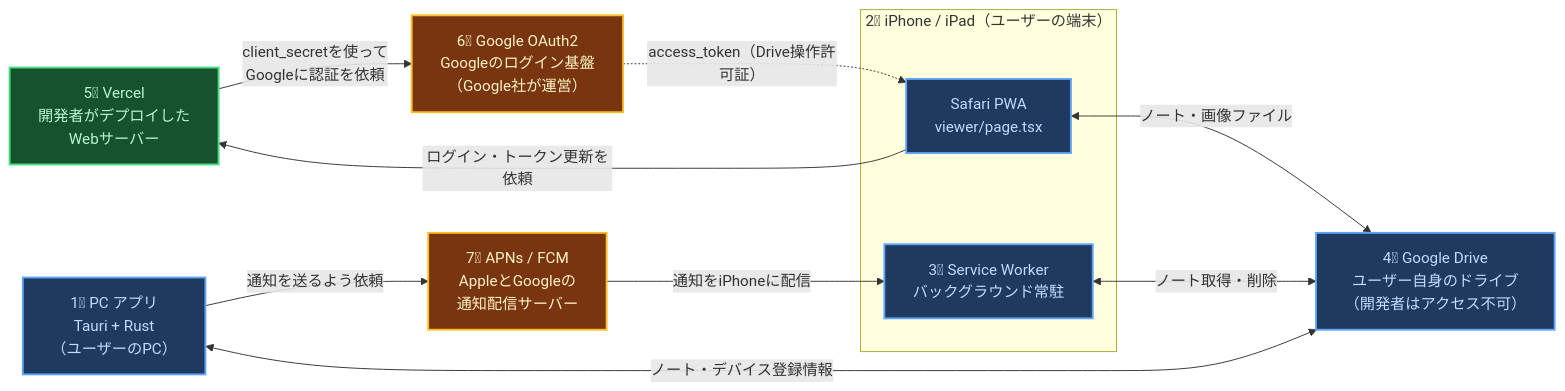
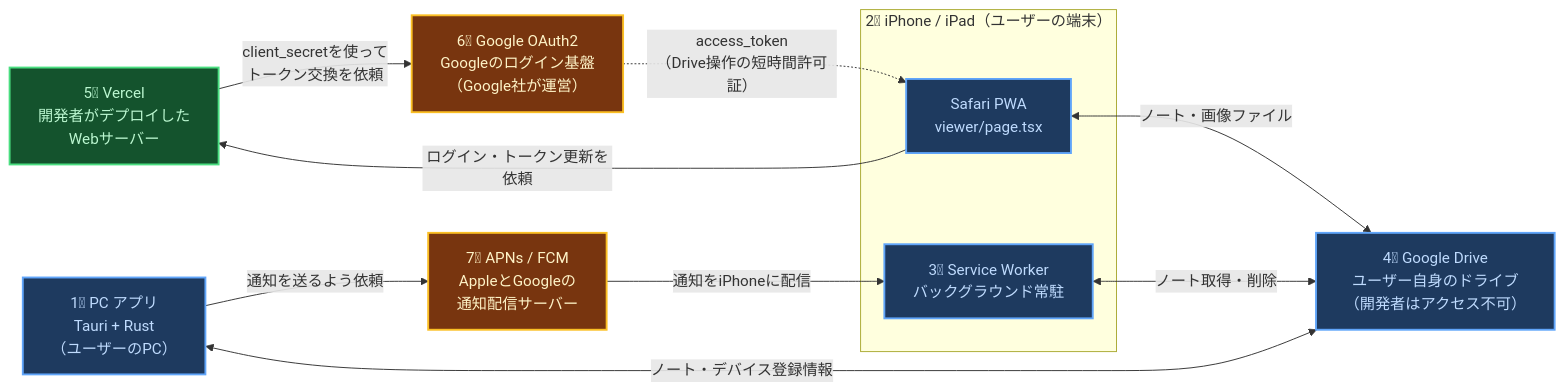
Before and after one commit to ore-no-fusen/ore-no-fusen: the first of 3 diagrams in docs-v2/001_OVERVIEW.md, drawn with Mermaid. The commit also changed other lines of this file and 32 other files, not shown here.

````diff
--- a/docs-v2/001_OVERVIEW.md
+++ b/docs-v2/001_OVERVIEW.md
@@ -28,28 +28,28 @@
 ```mermaid
 graph LR
     classDef user fill:#1e3a5f,stroke:#60a5fa,color:#bfdbfe,stroke-width:2px
     classDef dev  fill:#14532d,stroke:#4ade80,color:#bbf7d0,stroke-width:2px
     classDef ext  fill:#78350f,stroke:#fbbf24,color:#fef3c7,stroke-width:2px
 
     PC["1⃣ PC アプリ<br>Tauri + Rust<br>（ユーザーのPC）"]:::user
     Drive["4⃣ Google Drive<br>ユーザー自身のドライブ<br>（開発者はアクセス不可）"]:::user
     Vercel["5⃣ Vercel<br>開発者がデプロイした<br>Webサーバー"]:::dev
     OAuth["6⃣ Google OAuth2<br>Googleのログイン基盤<br>（Google社が運営）"]:::ext
     Push["7⃣ APNs / FCM<br>AppleとGoogleの<br>通知配信サーバー"]:::ext
 
     subgraph iPhone ["2⃣ iPhone / iPad（ユーザーの端末）"]
         PWA["Safari PWA<br>viewer/page.tsx"]:::user
         SW["3⃣ Service Worker<br>バックグラウンド常駐"]:::user
     end
 
     PWA -->|"ログイン・トークン更新を依頼"| Vercel
-    Vercel -->|"client_secretを使って<br>Googleに認証を依頼"| OAuth
-    OAuth -.->|"access_token（Drive操作許可証）"| PWA
+    Vercel -->|"client_secretを使って<br>トークン交換を依頼"| OAuth
+    OAuth -.->|"access_token<br>（Drive操作の短時間許可証）"| PWA
 
     PWA <-->|"ノート・画像ファイル"| Drive
     SW <-->|"ノート取得・削除"| Drive
     PC <-->|"ノート・デバイス登録情報"| Drive
 
     PC -->|"通知を送るよう依頼"| Push
     Push -->|"通知をiPhoneに配信"| SW
 ```
````
